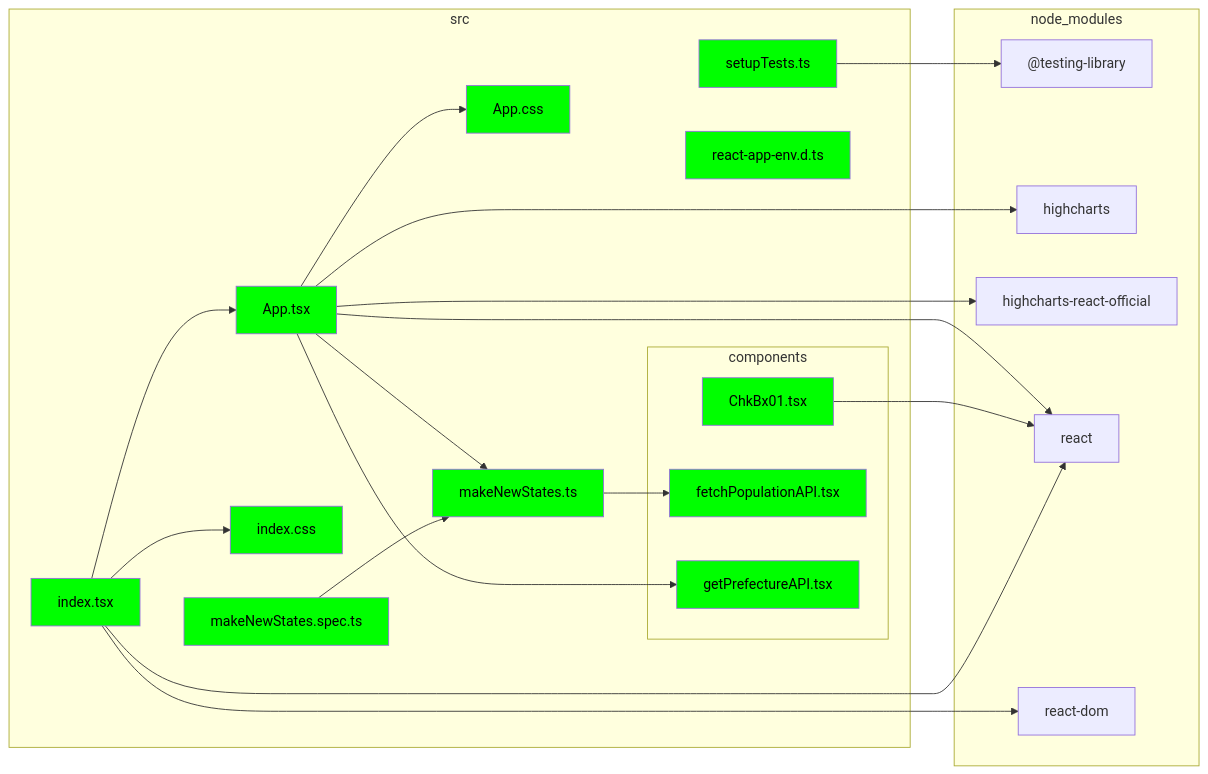
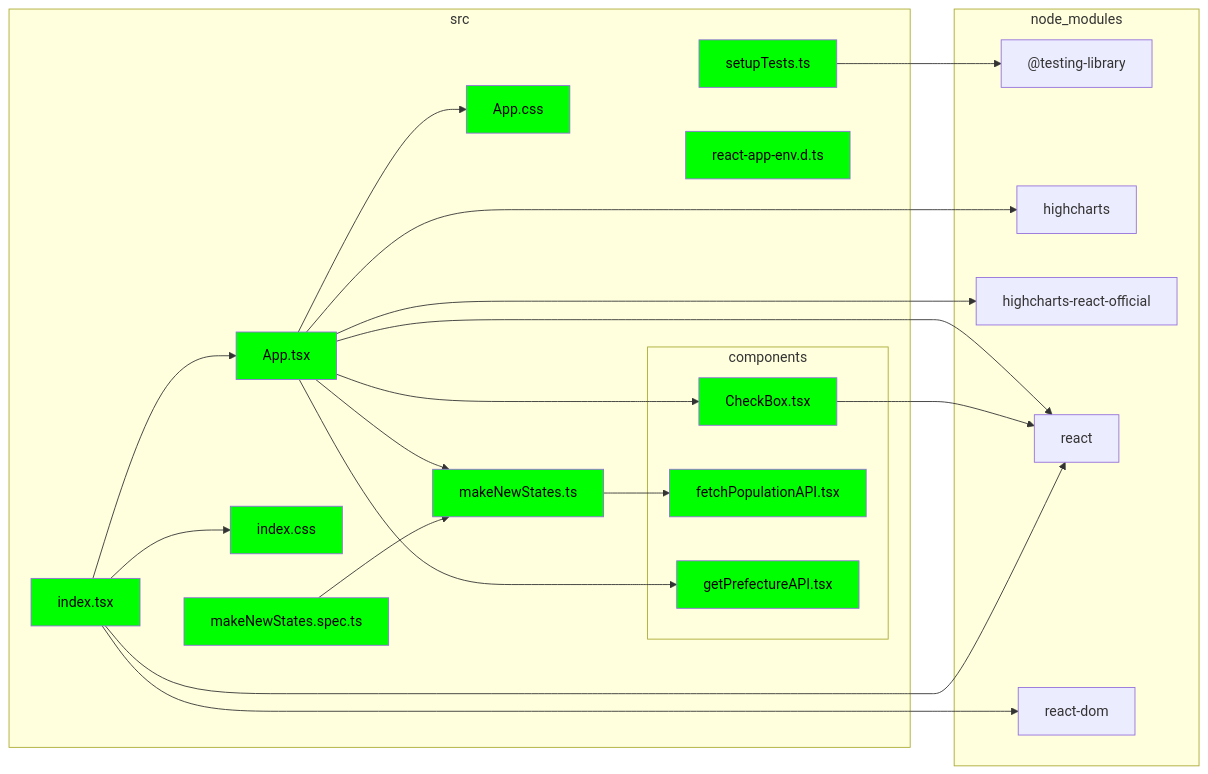
Before and after one commit to yumemi-inc/frontend-1day-curriculum: the second of 5 diagrams in src/README.md, drawn with Mermaid.

````diff
--- a/src/README.md
+++ b/src/README.md
@@ -64,52 +64,53 @@
 ```mermaid
 flowchart LR
 
 subgraph 0["node_modules"]
 1["@testing-library"]
 2["highcharts"]
 3["highcharts-react-official"]
 4["react"]
 5["react-dom"]
 end
 subgraph 6["src"]
 7["App.css"]
 8["App.tsx"]
 subgraph 9["components"]
-a["ChkBx01.tsx"]
+a["CheckBox.tsx"]
 b["fetchPopulationAPI.tsx"]
 c["getPrefectureAPI.tsx"]
 end
 d["index.css"]
 e["index.tsx"]
 f["makeNewStates.spec.ts"]
 g["makeNewStates.ts"]
 h["react-app-env.d.ts"]
 i["setupTests.ts"]
 end
 8-->7
+8-->a
 8-->c
 8-->g
 8-->2
 8-->3
 8-->4
 a-->4
 e-->8
 e-->d
 e-->4
 e-->5
 f-->g
 g-->b
 i-->1
 
 style 7 fill:lime,color:black
 style 8 fill:lime,color:black
 style a fill:lime,color:black
 style b fill:lime,color:black
 style c fill:lime,color:black
 style d fill:lime,color:black
 style e fill:lime,color:black
 style f fill:lime,color:black
 style g fill:lime,color:black
 style h fill:lime,color:black
 style i fill:lime,color:black
 ```
````
